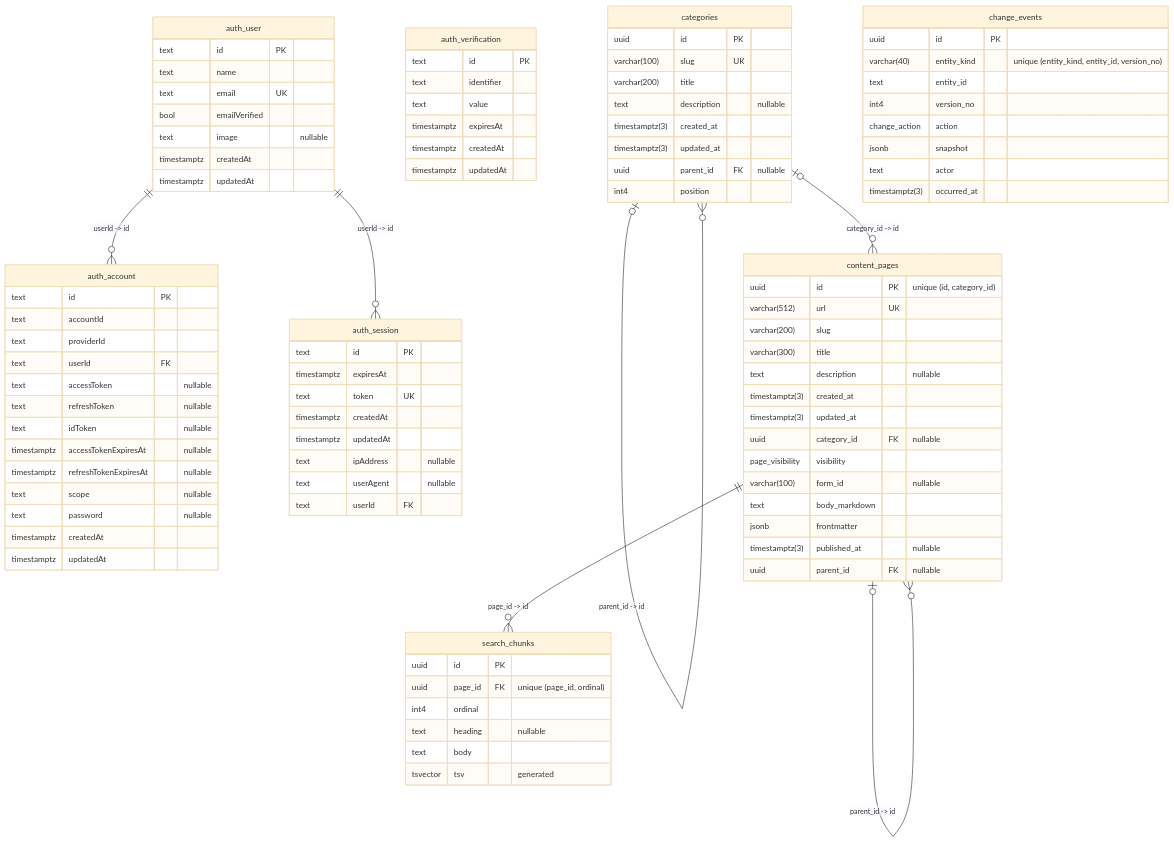
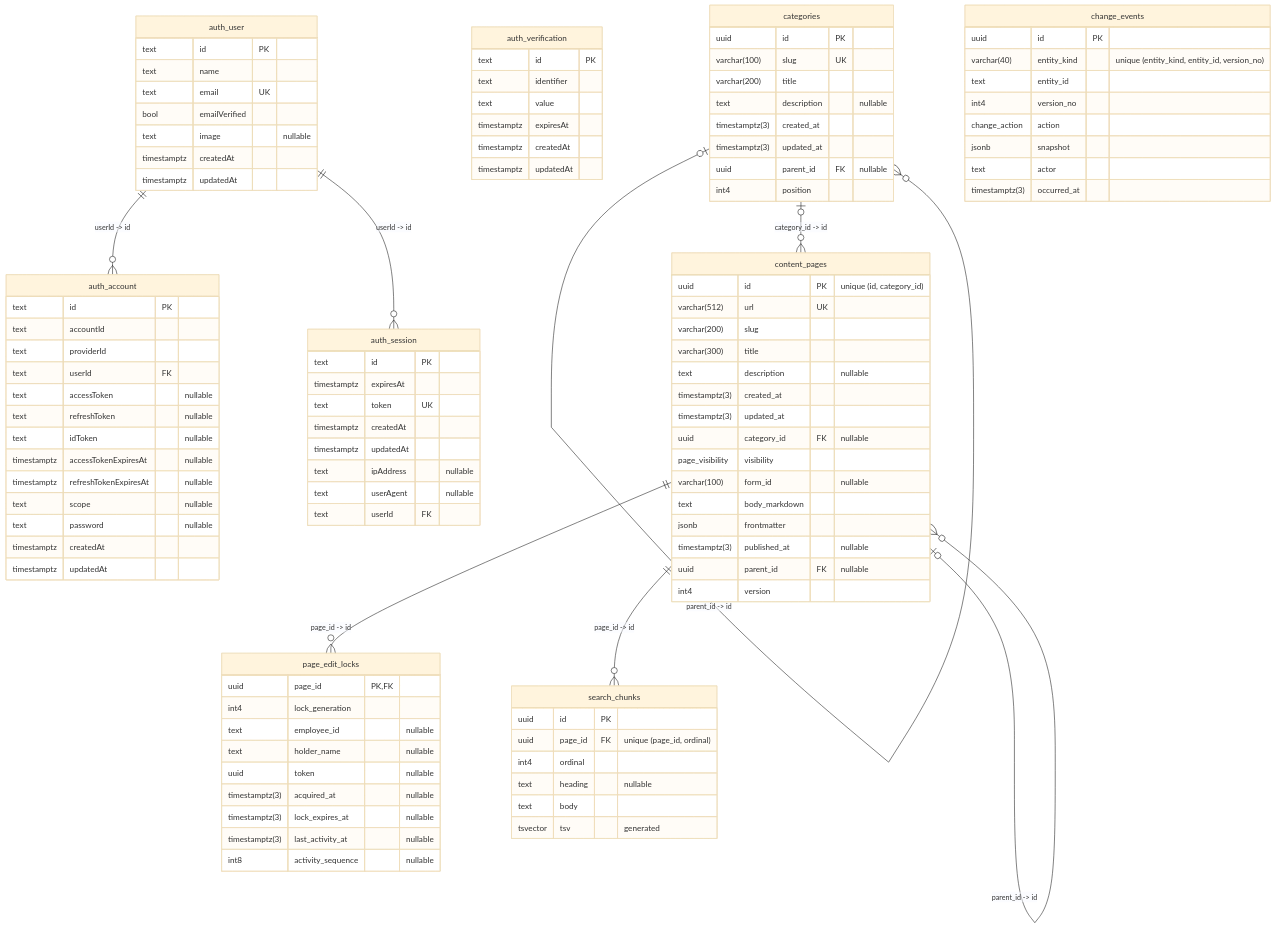
One commit to govtech-bb/gov-bb changed the diagram in apps/api_v2/README.md. Above: the diagram before and after it, drawn with Mermaid (base theme). The commit also changed other lines of this file and 72 other files, not shown here.

````diff
--- a/apps/api_v2/README.md
+++ b/apps/api_v2/README.md
@@ -142,6 +142,18 @@
     jsonb frontmatter
     timestamptz(3) published_at "nullable"
     uuid parent_id FK "nullable"
+    int4 version
+  }
+  page_edit_locks {
+    uuid page_id PK, FK
+    int4 lock_generation
+    text employee_id "nullable"
+    text holder_name "nullable"
+    uuid token "nullable"
+    timestamptz(3) acquired_at "nullable"
+    timestamptz(3) lock_expires_at "nullable"
+    timestamptz(3) last_activity_at "nullable"
+    int8 activity_sequence "nullable"
   }
   search_chunks {
     uuid id PK
@@ -157,5 +169,6 @@
   categories |o--o{ content_pages : "category_id -> id"
   content_pages |o--o{ content_pages : "parent_id, category_id -> id, category_id"
   content_pages |o--o{ content_pages : "parent_id -> id"
+  content_pages ||--o{ page_edit_locks : "page_id -> id"
   content_pages ||--o{ search_chunks : "page_id -> id"
 ```
````
